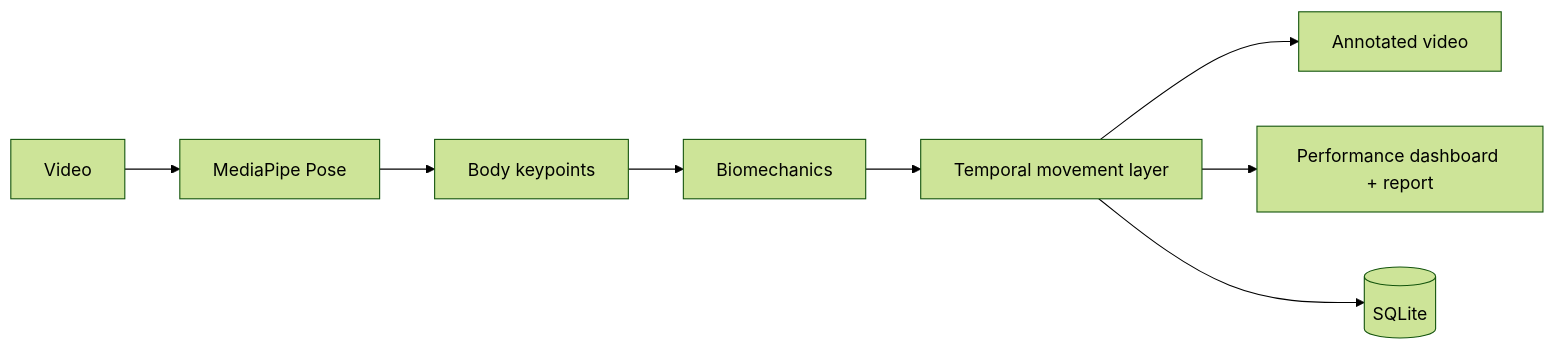
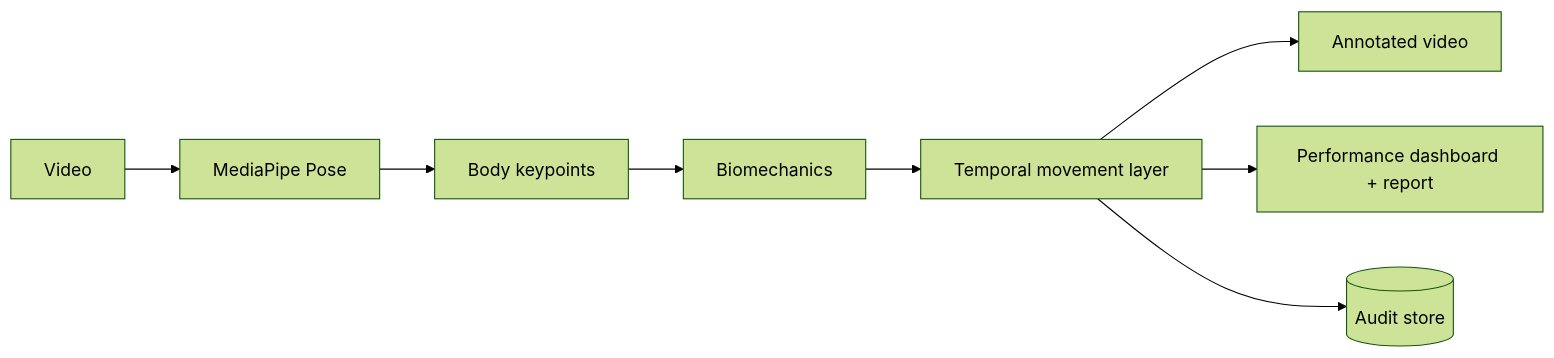
Before and after one commit to rsswethaa/football-posture-analysis: the diagram in README.md, drawn with Mermaid (forest theme). The commit also changed other lines of this file, not shown here.

````diff
--- a/README.md
+++ b/README.md
@@ -26,10 +32,10 @@
 ```mermaid
 flowchart LR
   V[Video] --> P[MediaPipe Pose]
   P --> K[Body keypoints]
   K --> B[Biomechanics]
   B --> T[Temporal movement layer]
   T --> O[Annotated video]
   T --> R[Performance dashboard + report]
-  T --> DB[(SQLite)]
+  T --> DB[(Audit store)]
 ```
````
